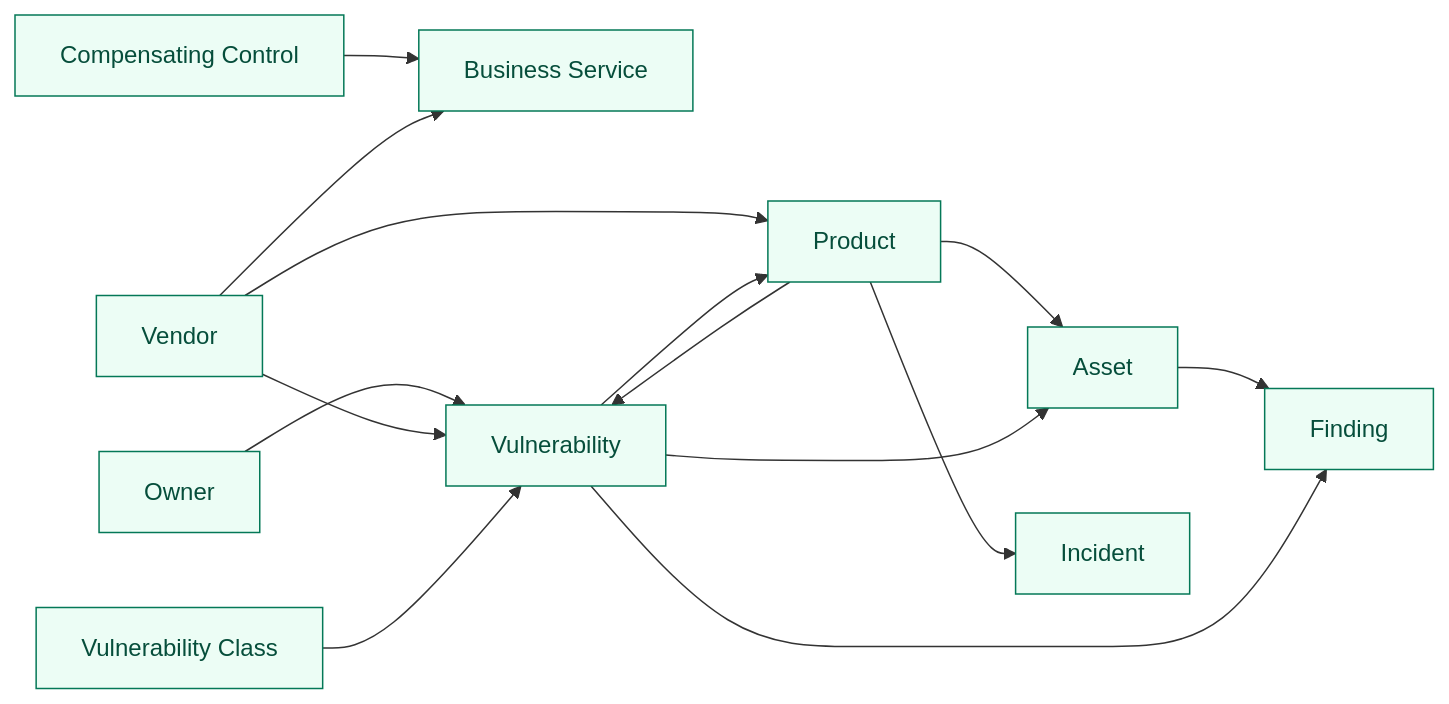
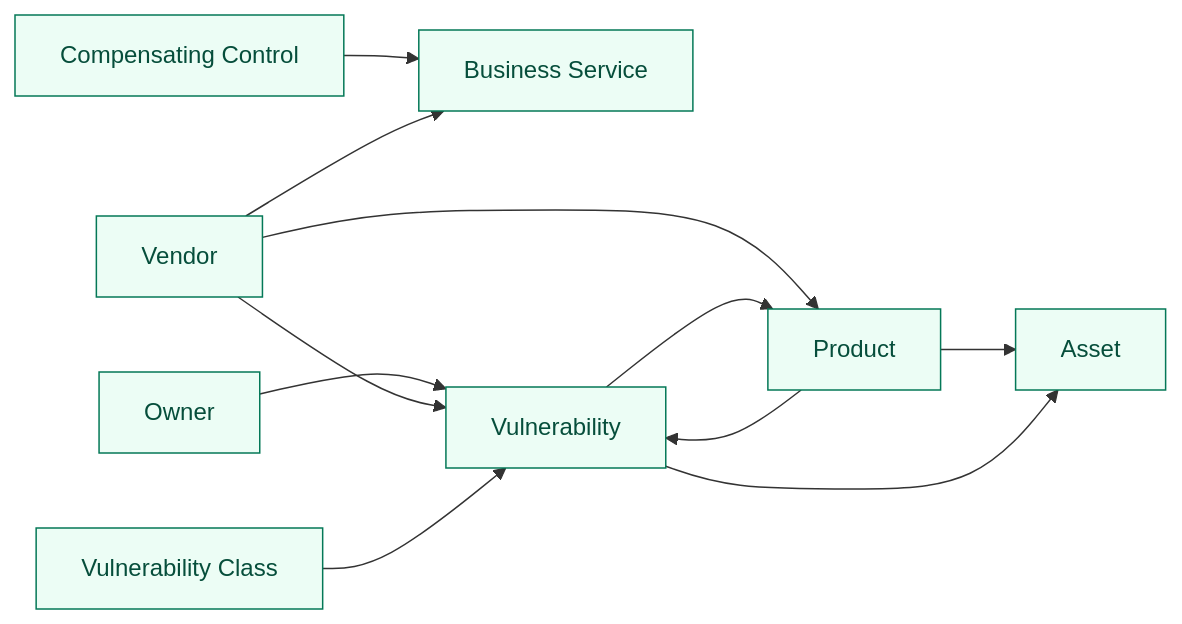
The third of 3 diagrams in kits/kev-triage/README.md (cruxible-ai/cruxible), drawn with Mermaid before and after one commit. The commit also changed other lines of this file and 11 other files, not shown here.

````diff
--- a/kits/kev-triage/README.md
+++ b/kits/kev-triage/README.md
@@ -247,29 +236,24 @@
 ```mermaid
 flowchart LR
   classDef queryEntity fill:#ecfdf5,stroke:#047857,color:#064e3b
 
   query_entity_Asset["Asset"]
   query_entity_BusinessService["Business Service"]
   query_entity_CompensatingControl["Compensating Control"]
-  query_entity_Finding["Finding"]
-  query_entity_Incident["Incident"]
   query_entity_Owner["Owner"]
   query_entity_Product["Product"]
   query_entity_Vendor["Vendor"]
   query_entity_Vulnerability["Vulnerability"]
   query_entity_VulnerabilityClass["Vulnerability Class"]
-  class query_entity_Asset,query_entity_BusinessService,query_entity_CompensatingControl,query_entity_Finding,query_entity_Incident,query_entity_Owner,query_entity_Product,query_entity_Vendor,query_entity_Vulnerability,query_entity_VulnerabilityClass queryEntity
-  query_entity_Asset --> query_entity_Finding
+  class query_entity_Asset,query_entity_BusinessService,query_entity_CompensatingControl,query_entity_Owner,query_entity_Product,query_entity_Vendor,query_entity_Vulnerability,query_entity_VulnerabilityClass queryEntity
   query_entity_CompensatingControl --> query_entity_BusinessService
   query_entity_Owner --> query_entity_Vulnerability
   query_entity_Product --> query_entity_Asset
-  query_entity_Product --> query_entity_Incident
   query_entity_Product --> query_entity_Vulnerability
   query_entity_Vendor --> query_entity_BusinessService
   query_entity_Vendor --> query_entity_Product
   query_entity_Vendor --> query_entity_Vulnerability
   query_entity_Vulnerability --> query_entity_Asset
-  query_entity_Vulnerability --> query_entity_Finding
   query_entity_Vulnerability --> query_entity_Product
   query_entity_VulnerabilityClass --> query_entity_Vulnerability
 ```
````
